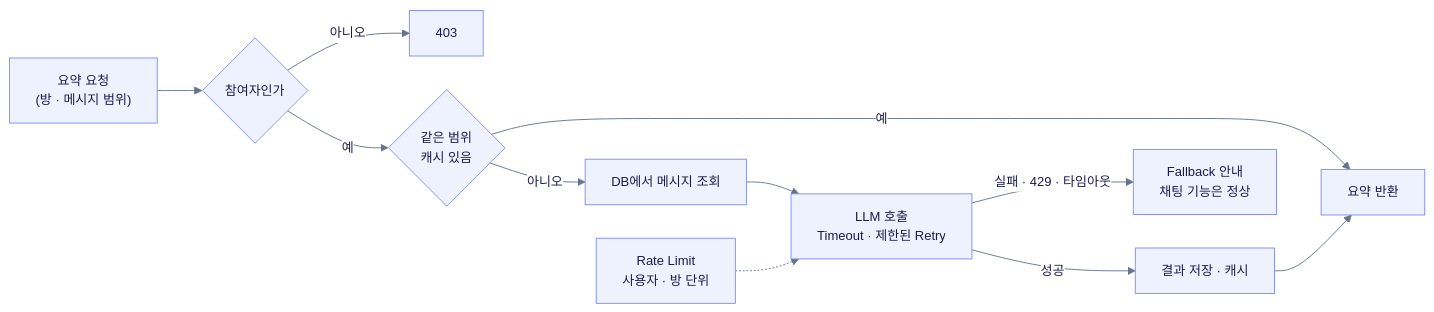
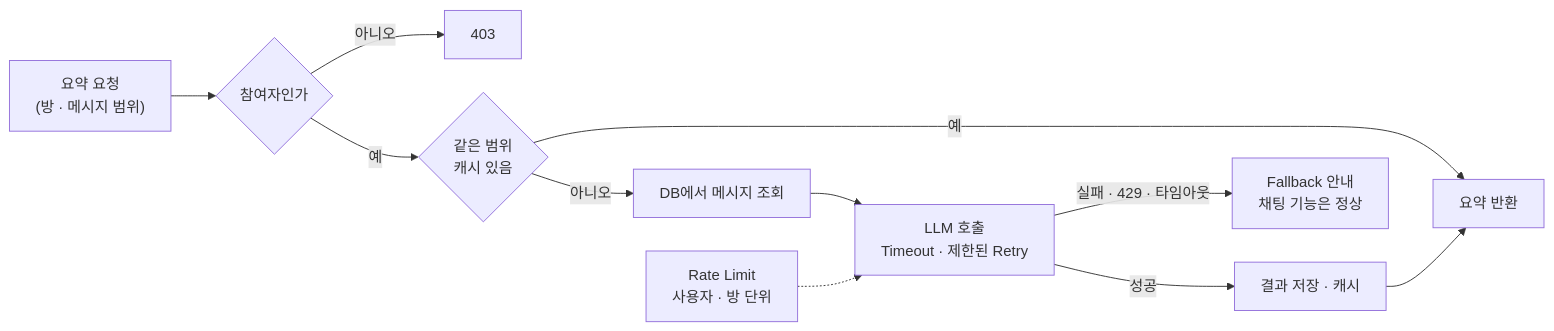
Before and after one commit to wjsgusdn12/naverworks_clone_api: diagram 13 of 15 in README.md, drawn with Mermaid. The commit also changed other lines of this file and 26 other files, not shown here.

````diff
--- a/README.md
+++ b/README.md
@@ -1046,70 +489,22 @@
 ```mermaid
 ---
 config:
-  theme: base
-  fontFamily: "Pretendard, Malgun Gothic, Apple SD Gothic Neo, Noto Sans KR, sans-serif"
   markdownAutoWrap: false
   flowchart:
     curve: basis
     padding: 14
     nodeSpacing: 36
     rankSpacing: 48
     wrappingWidth: 800
-  themeVariables:
-    fontSize: 14px
-    primaryColor: "#eef2ff"
-    primaryTextColor: "#1e1b4b"
-    primaryBorderColor: "#818cf8"
-    secondaryColor: "#f0f9ff"
-    secondaryBorderColor: "#7dd3fc"
-    tertiaryColor: "#f8fafc"
-    tertiaryBorderColor: "#cbd5e1"
-    lineColor: "#64748b"
-    textColor: "#1e293b"
-    clusterBkg: "#f8fafc"
-    clusterBorder: "#cbd5e1"
-    edgeLabelBackground: "#ffffff"
-    nodeBorder: "#818cf8"
-    mainBkg: "#eef2ff"
-    actorBkg: "#eef2ff"
-    actorBorder: "#818cf8"
-    actorTextColor: "#1e1b4b"
-    actorLineColor: "#cbd5e1"
-    signalColor: "#334155"
-    signalTextColor: "#334155"
-    labelBoxBkgColor: "#f1f5f9"
-    labelBoxBorderColor: "#cbd5e1"
-    noteBkgColor: "#fef3c7"
-    noteBorderColor: "#fbbf24"
-    noteTextColor: "#78350f"
-    activationBkgColor: "#e0e7ff"
-    activationBorderColor: "#818cf8"
-    cScale0: "#6366f1"
-    cScale1: "#0ea5e9"
-    cScale2: "#10b981"
-    cScale3: "#f59e0b"
-    cScale4: "#ec4899"
-    cScaleLabel0: "#ffffff"
-    cScaleLabel1: "#ffffff"
-    cScaleLabel2: "#ffffff"
-    cScaleLabel3: "#ffffff"
-    cScaleLabel4: "#ffffff"
-    attributeBackgroundColorEven: "#f8fafc"
-    attributeBackgroundColorOdd: "#ffffff"
 ---
 flowchart LR
     Req["요약 요청<br/>(방 · 메시지 범위)"] --> Auth{"참여자인가"}
     Auth -->|"아니오"| Deny["403"]
     Auth -->|"예"| Cache{"같은 범위<br/>캐시 있음"}
     Cache -->|"예"| Done["요약 반환"]
     Cache -->|"아니오"| Fetch["DB에서 메시지 조회"]
     Fetch --> Call["LLM 호출<br/>Timeout · 제한된 Retry"]
     Call -->|"성공"| Save["결과 저장 · 캐시"] --> Done
     Call -->|"실패 · 429 · 타임아웃"| Fallback["Fallback 안내<br/>채팅 기능은 정상"]
     Rate["Rate Limit<br/>사용자 · 방 단위"] -.-> Call
-    classDef store fill:#ecfdf5,stroke:#34d399,color:#064e3b
-    classDef focus fill:#4f46e5,stroke:#4338ca,color:#ffffff,font-weight:bold
-    classDef store fill:#ecfdf5,stroke:#34d399,color:#064e3b
-    classDef external fill:#fff7ed,stroke:#fb923c,color:#7c2d12
-    classDef focus fill:#4f46e5,stroke:#4338ca,color:#ffffff,font-weight:bold
 ```
````
